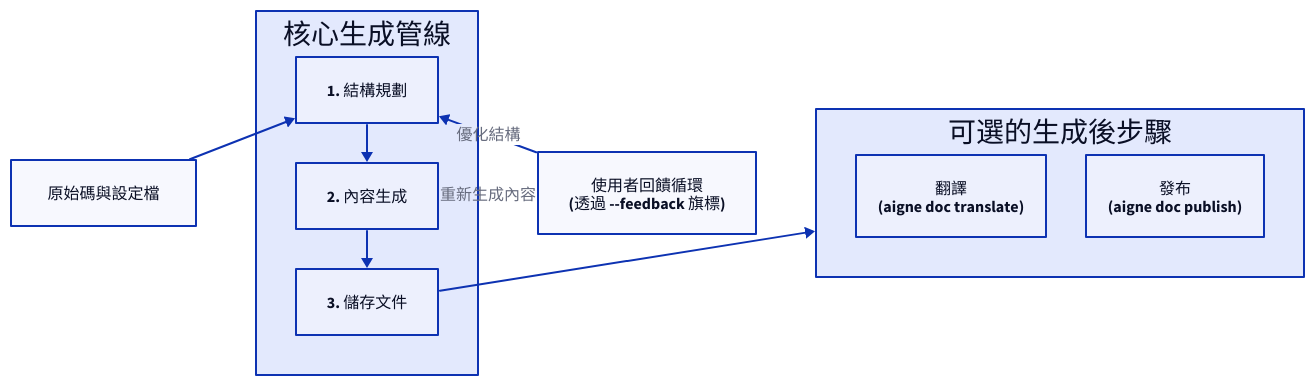
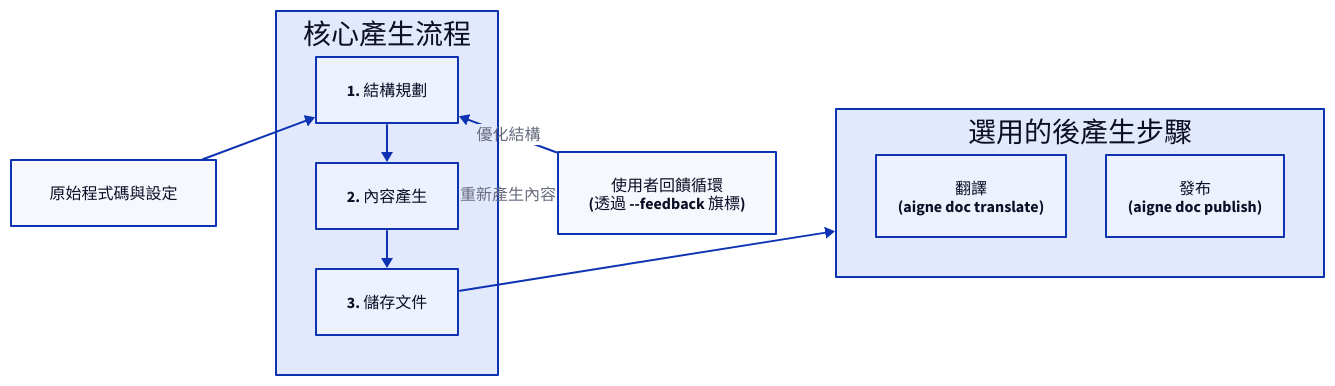
The diagram in docs/advanced-how-it-works.zh-TW.md (AIGNE-io/aigne-doc-smith), drawn with D2 before and after one commit. The commit also changed other lines of this file and 69 other files, not shown here.

````diff
--- a/docs/advanced-how-it-works.zh-TW.md
+++ b/docs/advanced-how-it-works.zh-TW.md
@@ -13,60 +13,60 @@
 ```d2
 direction: down
 
 Input: {
-  label: "原始碼與設定檔"
+  label: "原始程式碼與設定"
   shape: rectangle
 }
 
 Pipeline: {
-  label: "核心生成管線"
+  label: "核心產生流程"
   shape: rectangle
   grid-columns: 1
   grid-gap: 40
 
   Structure-Planning: {
     label: "1. 結構規劃"
     shape: rectangle
   }
 
   Content-Generation: {
-    label: "2. 內容生成"
+    label: "2. 內容產生"
     shape: rectangle
   }
 
   Saving: {
     label: "3. 儲存文件"
     shape: rectangle
   }
 }
 
 User-Feedback: {
   label: "使用者回饋循環\n(透過 --feedback 旗標)"
   shape: rectangle
 }
 
 Optional-Steps: {
-  label: "可選的生成後步驟"
+  label: "選用的後產生步驟"
   shape: rectangle
   grid-columns: 2
   grid-gap: 40
   
   Translation: {
     label: "翻譯\n(aigne doc translate)"
     shape: rectangle
   }
 
   Publishing: {
     label: "發布\n(aigne doc publish)"
     shape: rectangle
   }
 }
 
 Input -> Pipeline.Structure-Planning
 Pipeline.Structure-Planning -> Pipeline.Content-Generation
 Pipeline.Content-Generation -> Pipeline.Saving
 Pipeline.Saving -> Optional-Steps
 
 User-Feedback -> Pipeline.Structure-Planning: "優化結構"
-User-Feedback -> Pipeline.Content-Generation: "重新生成內容"
+User-Feedback -> Pipeline.Content-Generation: "重新產生內容"
 ```
````
